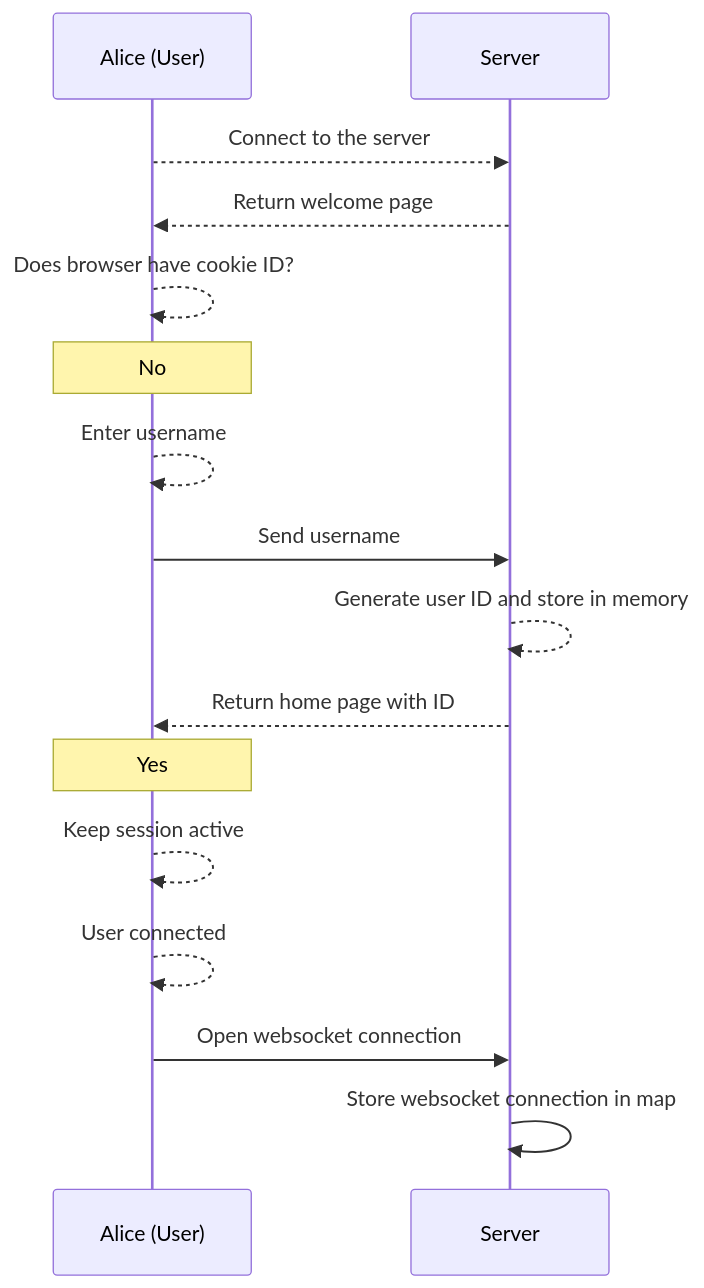
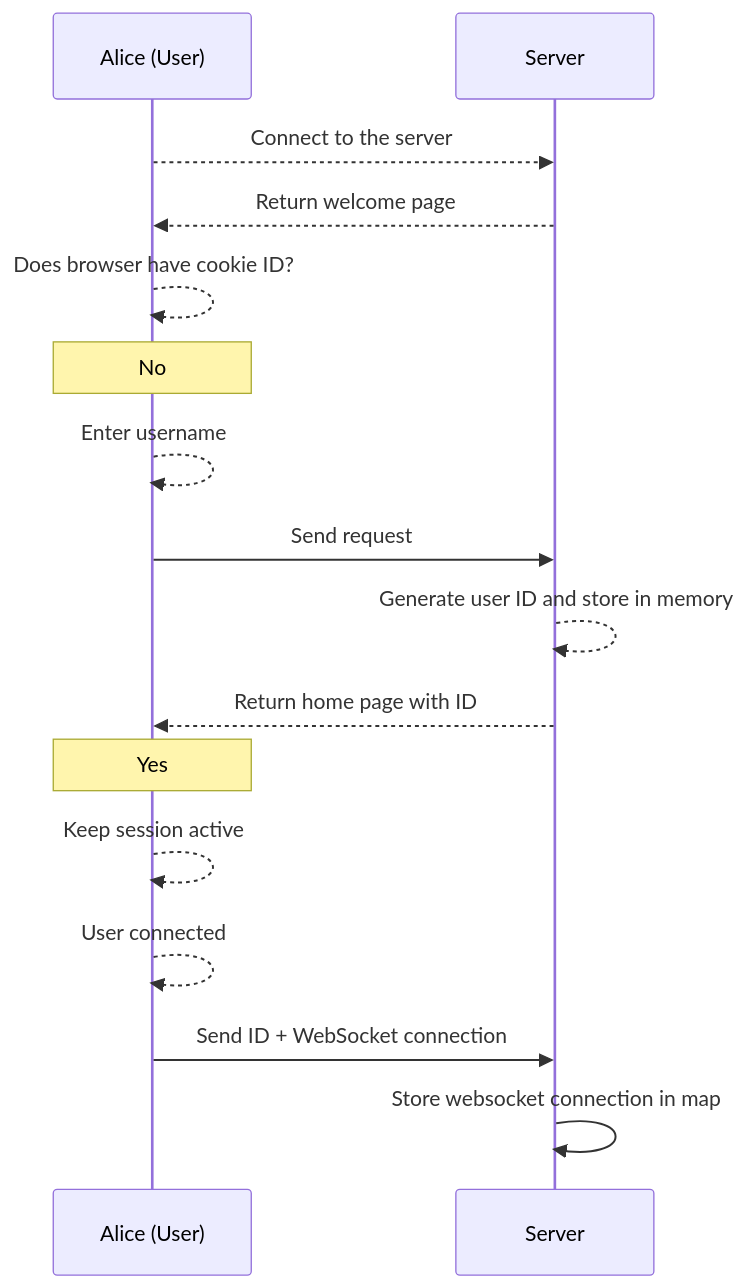
The first of 4 diagrams in Technical Design System.md (GuillaumeDorschner/RTU-CryptoChatApp), drawn with Mermaid before and after one commit. The commit also changed 8 other files, not shown here.

````diff
--- a/Technical Design System.md
+++ b/Technical Design System.md
@@ -33,19 +33,19 @@
 ```mermaid
 sequenceDiagram
     participant A as Alice (User)
     participant S as Server
 
     A-->>S: Connect to the server
     S-->>A: Return welcome page
     A-->>A: Does browser have cookie ID?
     Note over A: No
     A-->>A: Enter username
-    A->>S: Send username
+    A->>S: Send request
     S-->>S: Generate user ID and store in memory
     S-->>A: Return home page with ID
     Note over A: Yes
     A-->>A: Keep session active
     A-->>A: User connected
-    A->>S: Open websocket connection
+    A->>S: Send ID + WebSocket connection
     S->>S: Store websocket connection in map
 ```
````
